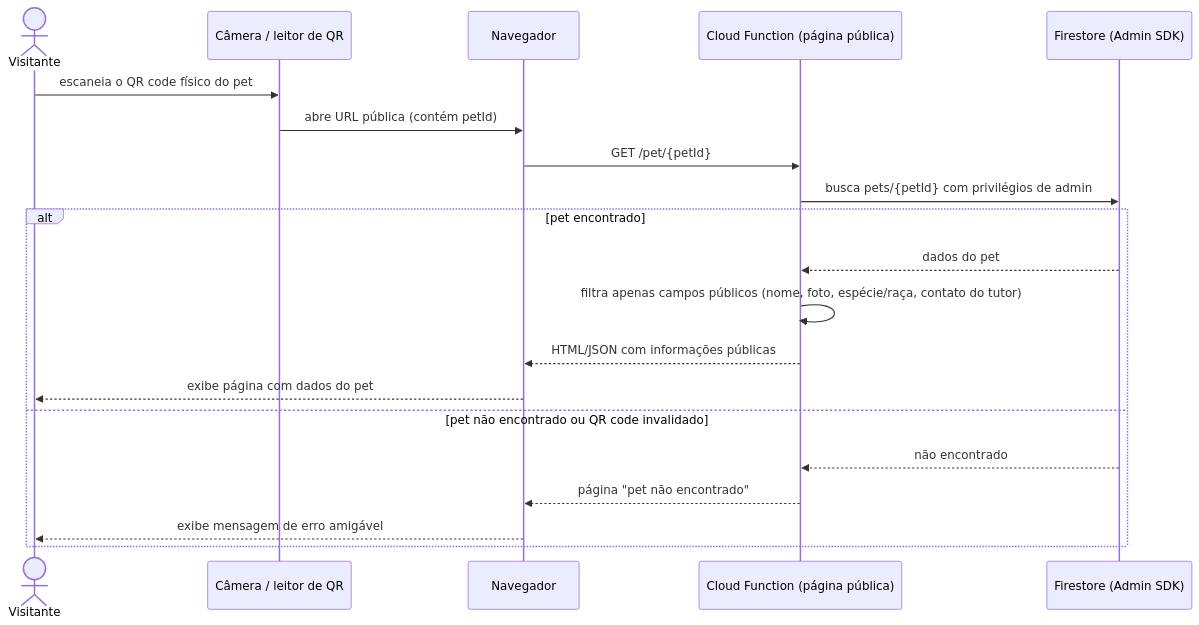
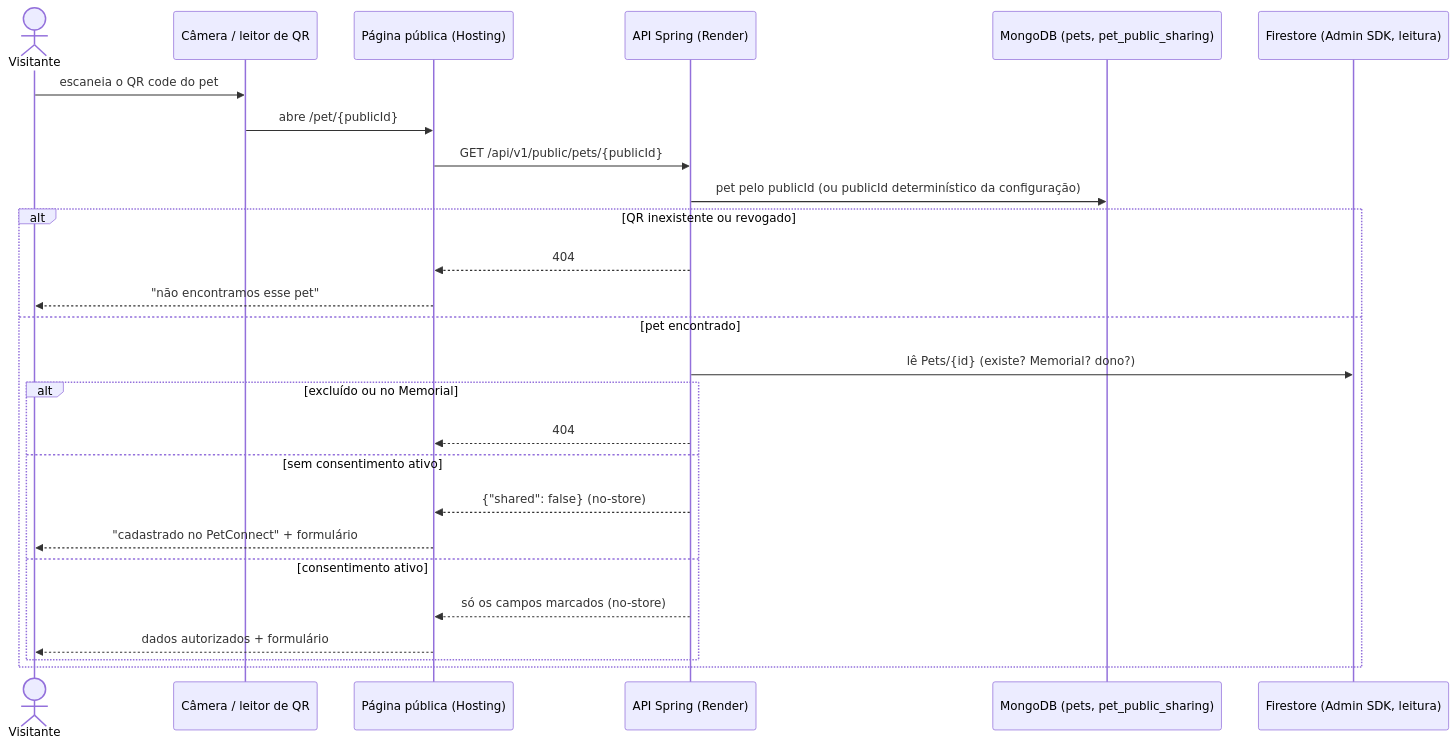
One commit to TecnoDreamer/PetConnect changed the third of 4 diagrams in docs/diagramas/sequencia.md. Above: the diagram before and after it, drawn with Mermaid. The commit also changed other lines of this file and 23 other files, not shown here.

First line of the commit message:
feat(qr): adiciona consentimento de dados públicos do pet

````diff
--- a/docs/diagramas/sequencia.md
+++ b/docs/diagramas/sequencia.md
@@ -56,23 +59,29 @@
 ```mermaid
 sequenceDiagram
     actor Visitante
     participant Camera as Câmera / leitor de QR
-    participant Web as Navegador
-    participant Func as Cloud Function (página pública)
-    participant Store as Firestore (Admin SDK)
+    participant Web as Página pública (Hosting)
+    participant API as API Spring (Render)
+    participant Mongo as MongoDB (pets, pet_public_sharing)
+    participant Store as Firestore (Admin SDK, leitura)
 
-    Visitante->>Camera: escaneia o QR code físico do pet
-    Camera->>Web: abre URL pública (contém petId)
-    Web->>Func: GET /pet/{petId}
-    Func->>Store: busca pets/{petId} com privilégios de admin
-    alt pet encontrado
-        Store-->>Func: dados do pet
-        Func->>Func: filtra apenas campos públicos (nome, foto, espécie/raça, contato do tutor)
-        Func-->>Web: HTML/JSON com informações públicas
-        Web-->>Visitante: exibe página com dados do pet
-    else pet não encontrado ou QR code invalidado
-        Store-->>Func: não encontrado
-        Func-->>Web: página "pet não encontrado"
-        Web-->>Visitante: exibe mensagem de erro amigável
+    Visitante->>Camera: escaneia o QR code do pet
+    Camera->>Web: abre /pet/{publicId}
+    Web->>API: GET /api/v1/public/pets/{publicId}
+    API->>Mongo: pet pelo publicId (ou publicId determinístico da configuração)
+    alt QR inexistente ou revogado
+        API-->>Web: 404
+        Web-->>Visitante: "não encontramos esse pet"
+    else pet encontrado
+        API->>Store: lê Pets/{id} (existe? Memorial? dono?)
+        alt excluído ou no Memorial
+            API-->>Web: 404
+        else sem consentimento ativo
+            API-->>Web: {"shared": false} (no-store)
+            Web-->>Visitante: "cadastrado no PetConnect" + formulário
+        else consentimento ativo
+            API-->>Web: só os campos marcados (no-store)
+            Web-->>Visitante: dados autorizados + formulário
+        end
     end
 ```
````
